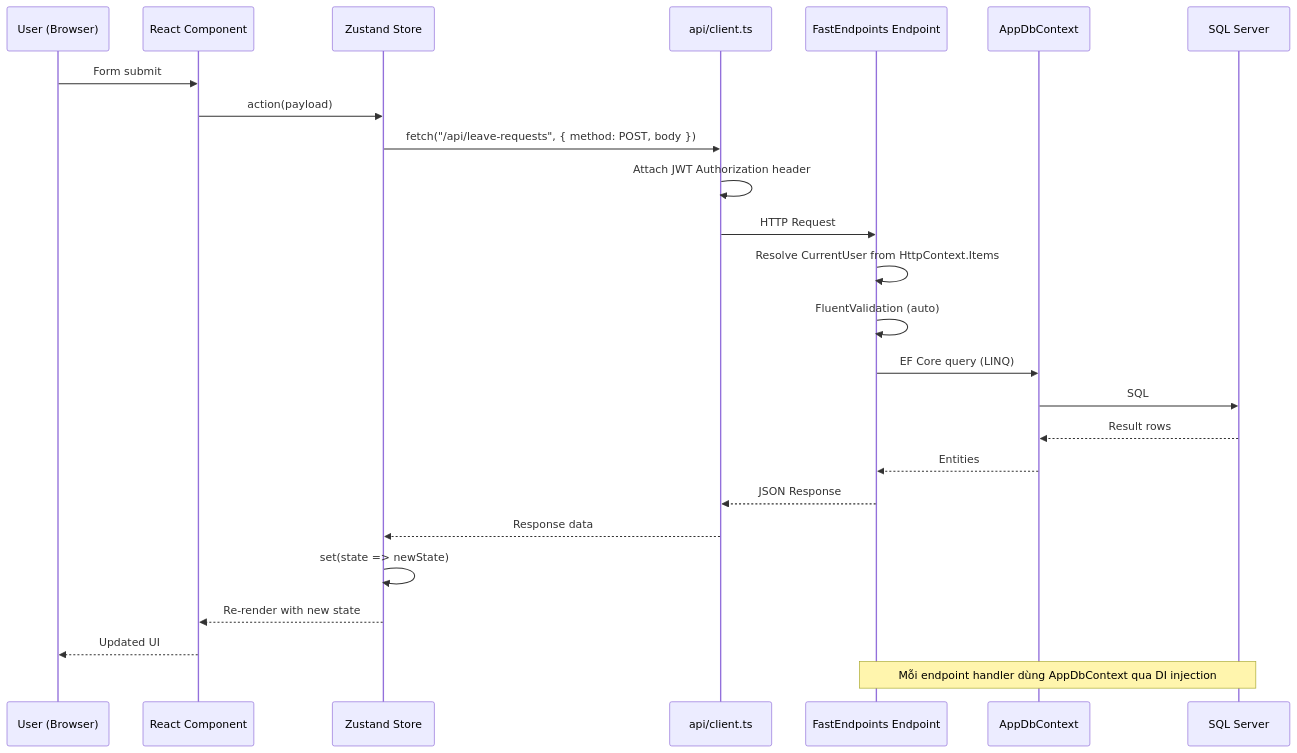
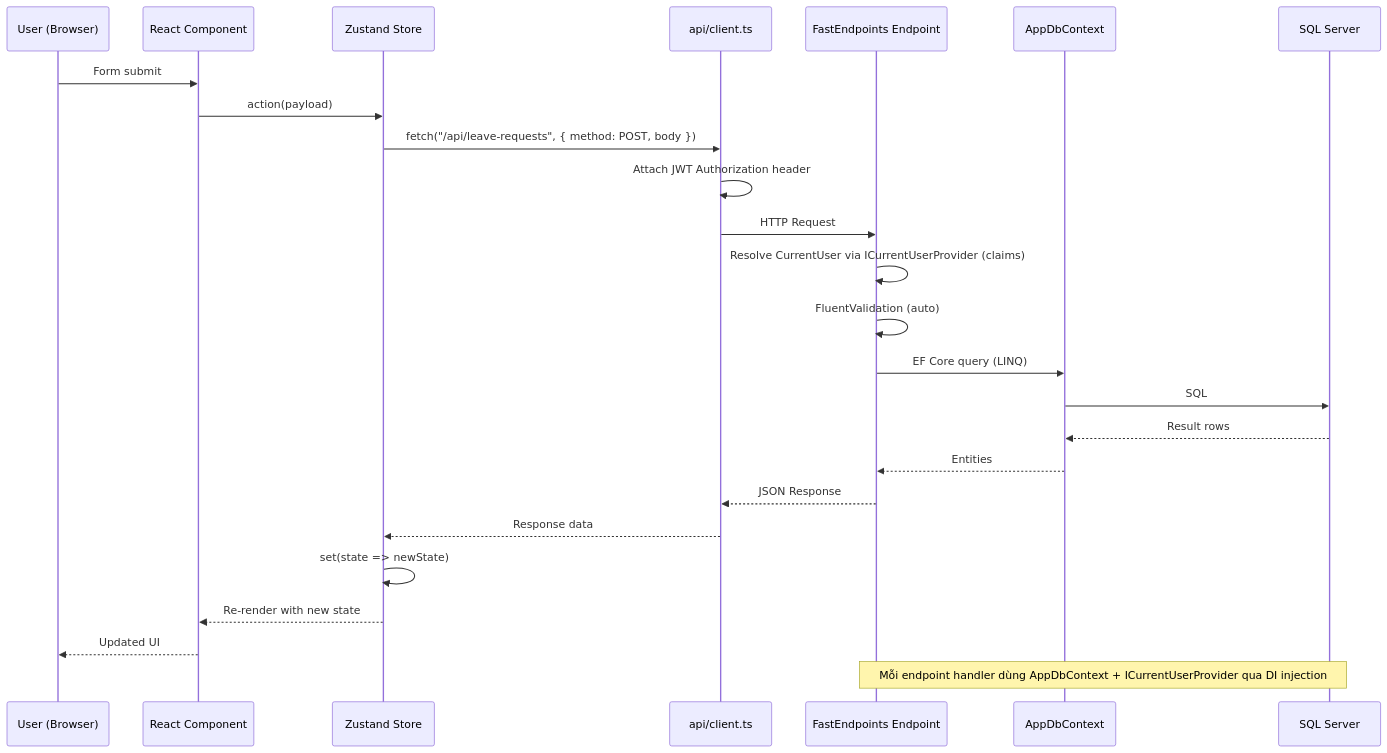
Before and after one commit to Ali-AnNT/qlnp-ttcds: the second of 7 diagrams in docs/system-architecture.md, drawn with Mermaid. The commit also changed other lines of this file and 39 other files, not shown here.

````diff
--- a/docs/system-architecture.md
+++ b/docs/system-architecture.md
@@ -114,29 +116,29 @@
 ```mermaid
 sequenceDiagram
     participant User as User (Browser)
     participant Component as React Component
     participant Store as Zustand Store
     participant API as api/client.ts
     participant FE as FastEndpoints Endpoint
     participant DbCtx as AppDbContext
     participant DB as SQL Server
 
     User->>Component: Form submit
     Component->>Store: action(payload)
     Store->>API: fetch("/api/leave-requests", { method: POST, body })
     API->>API: Attach JWT Authorization header
     API->>FE: HTTP Request
-    FE->>FE: Resolve CurrentUser from HttpContext.Items
+    FE->>FE: Resolve CurrentUser via ICurrentUserProvider (claims)
     FE->>FE: FluentValidation (auto)
     FE->>DbCtx: EF Core query (LINQ)
     DbCtx->>DB: SQL
     DB-->>DbCtx: Result rows
     DbCtx-->>FE: Entities
     FE-->>API: JSON Response
     API-->>Store: Response data
     Store->>Store: set(state => newState)
     Store-->>Component: Re-render with new state
     Component-->>User: Updated UI
 
-    Note over FE,DB: Mỗi endpoint handler dùng AppDbContext qua DI injection
+    Note over FE,DB: Mỗi endpoint handler dùng AppDbContext + ICurrentUserProvider qua DI injection
 ```
````
